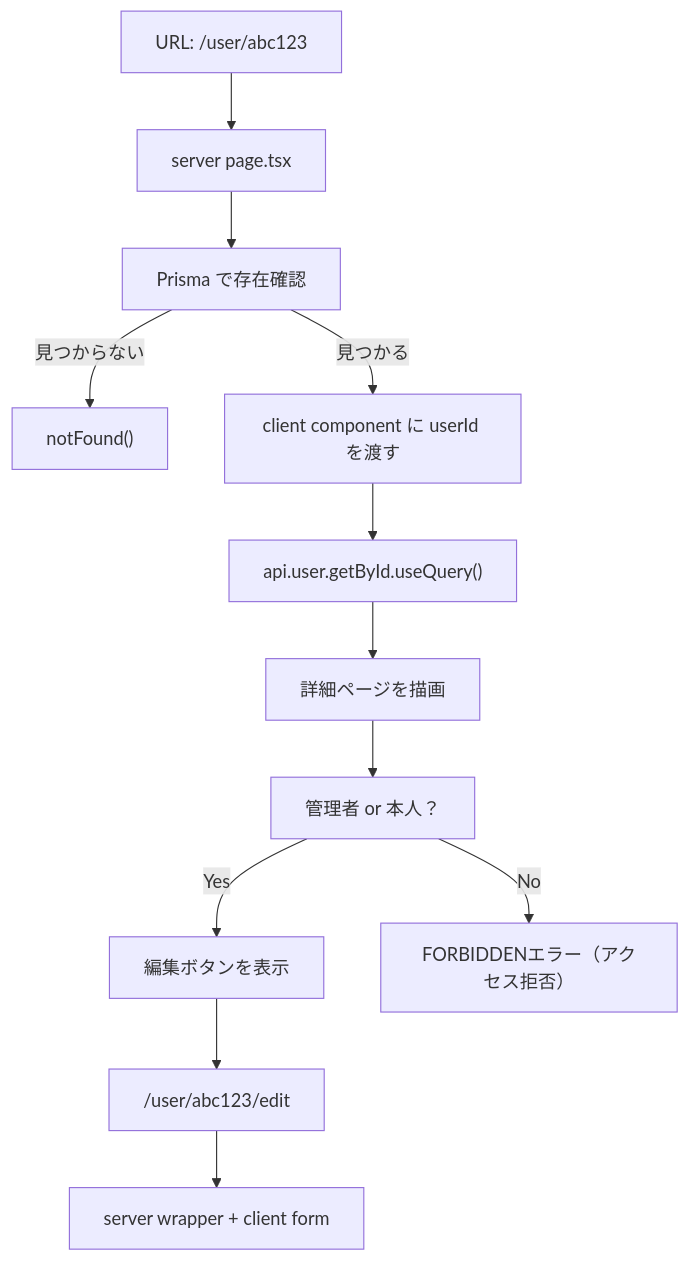
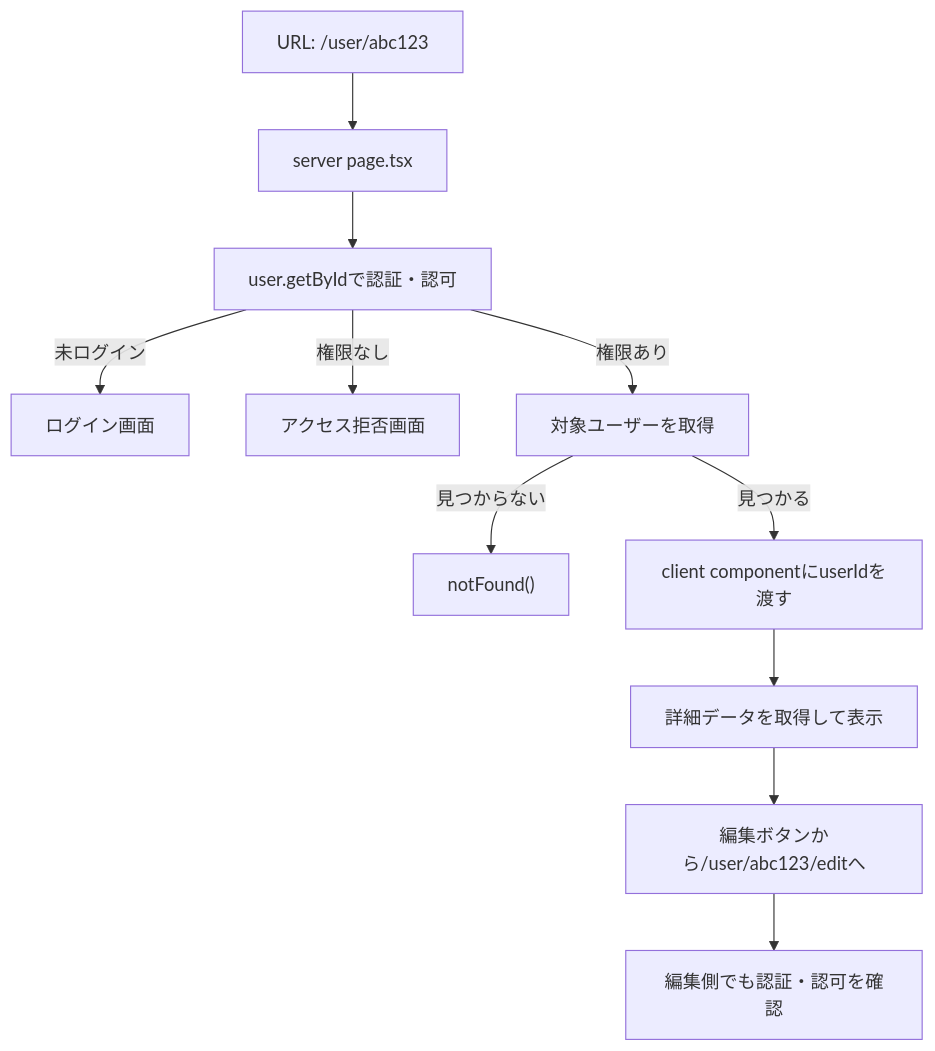
The first of 3 diagrams in material/30days-curriculum/day29_ユーザー詳細・編集ページを作ろう.md (kouiso/task-app), drawn with Mermaid before and after one commit. The commit also changed other lines of this file and 308 other files, not shown here.

````diff
--- a/material/30days-curriculum/day29_ユーザー詳細・編集ページを作ろう.md
+++ b/material/30days-curriculum/day29_ユーザー詳細・編集ページを作ろう.md
@@ -40,14 +40,13 @@
 ```mermaid
 flowchart TD
     A["URL: /user/abc123"] --> B["server page.tsx"]
-    B --> C["Prisma で存在確認"]
-    C -->|見つからない| D["notFound()"]
-    C -->|見つかる| E["client component に userId を渡す"]
-    E --> F["api.user.getById.useQuery()"]
-    F --> G["詳細ページを描画"]
-    G --> H["管理者 or 本人？"]
-    H -->|Yes| I["編集ボタンを表示"]
-    H -->|No| J["FORBIDDENエラー（アクセス拒否）"]
-    I --> K["/user/abc123/edit"]
-    K --> L["server wrapper + client form"]
+    B --> C["user.getByIdで認証・認可"]
+    C -->|未ログイン| D["ログイン画面"]
+    C -->|権限なし| E["アクセス拒否画面"]
+    C -->|権限あり| F["対象ユーザーを取得"]
+    F -->|見つからない| G["notFound()"]
+    F -->|見つかる| H["client componentにuserIdを渡す"]
+    H --> I["詳細データを取得して表示"]
+    I --> J["編集ボタンから/user/abc123/editへ"]
+    J --> K["編集側でも認証・認可を確認"]
 ```
````
